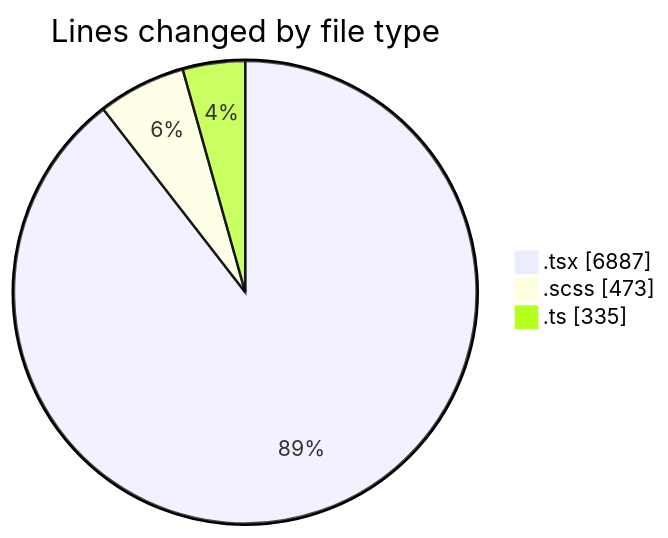
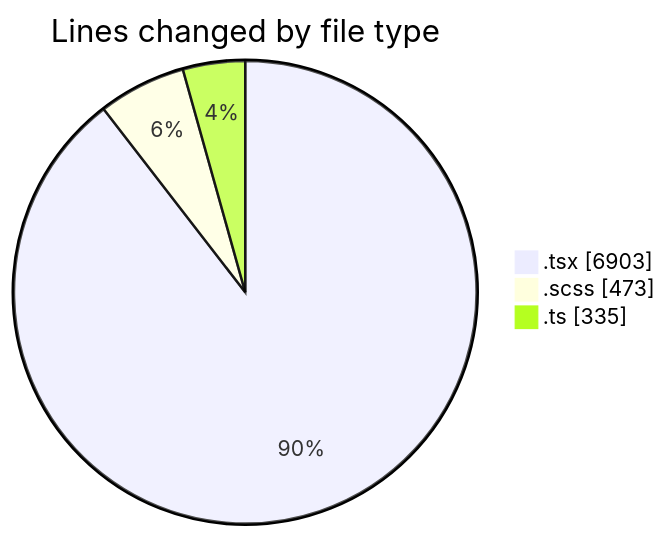
The first of 2 diagrams in 2025-07-03/cda/README.md (momahboobian/code-tracking), drawn with Mermaid before and after one commit. The commit also changed other lines of this file and 1 other file, not shown here.

````diff
--- a/2025-07-03/cda/README.md
+++ b/2025-07-03/cda/README.md
@@ -44,7 +44,7 @@
 ```mermaid
 pie showData
 title Lines changed by file type
-".tsx" : 6887
+".tsx" : 6903
 ".scss" : 473
 ".ts" : 335
 ```
````
